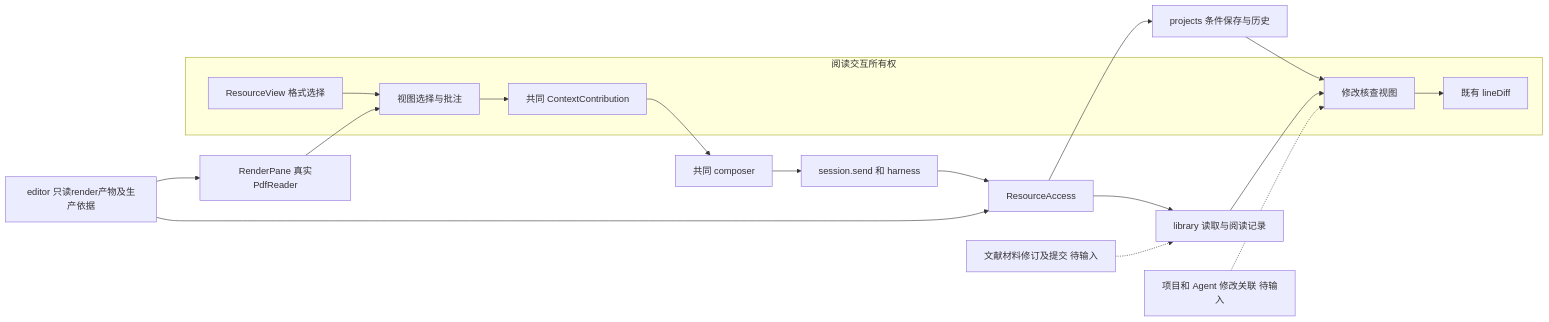
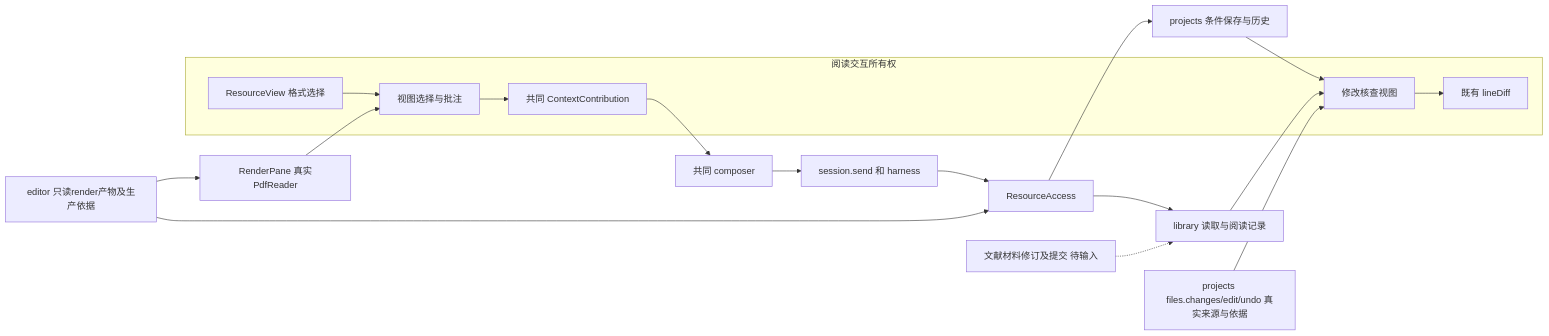
One commit to leike0813/Scholoom changed the first of 2 diagrams in openspec/changes/add-material-annotation-interactions/design.md. Above: the diagram before and after it, drawn with Mermaid. The commit also changed other lines of this file and 10 other files, not shown here.

````diff
--- a/openspec/changes/add-material-annotation-interactions/design.md
+++ b/openspec/changes/add-material-annotation-interactions/design.md
@@ -7,20 +7,20 @@
 ```mermaid
 flowchart LR
   subgraph RI[阅读交互所有权]
     V[ResourceView 格式选择] --> S[视图选择与批注]
     S --> C[共同 ContextContribution]
     H[修改核查视图] --> DF[既有 lineDiff]
   end
   C --> CO[共同 composer]
   CO --> A[session.send 和 harness]
   A --> R[ResourceAccess]
   R --> P[projects 条件保存与历史]
   R --> L[library 读取与阅读记录]
   E[editor 只读render产物及生产依据] --> R
   E --> RV[RenderPane 真实PdfReader]
   RV --> S
   P --> H
   L --> H
   M1[文献材料修订及提交 待输入] -.-> L
-  M2[项目和 Agent 修改关联 待输入] -.-> H
+  M2[projects files.changes/edit/undo 真实来源与依据] --> H
 ```
````
